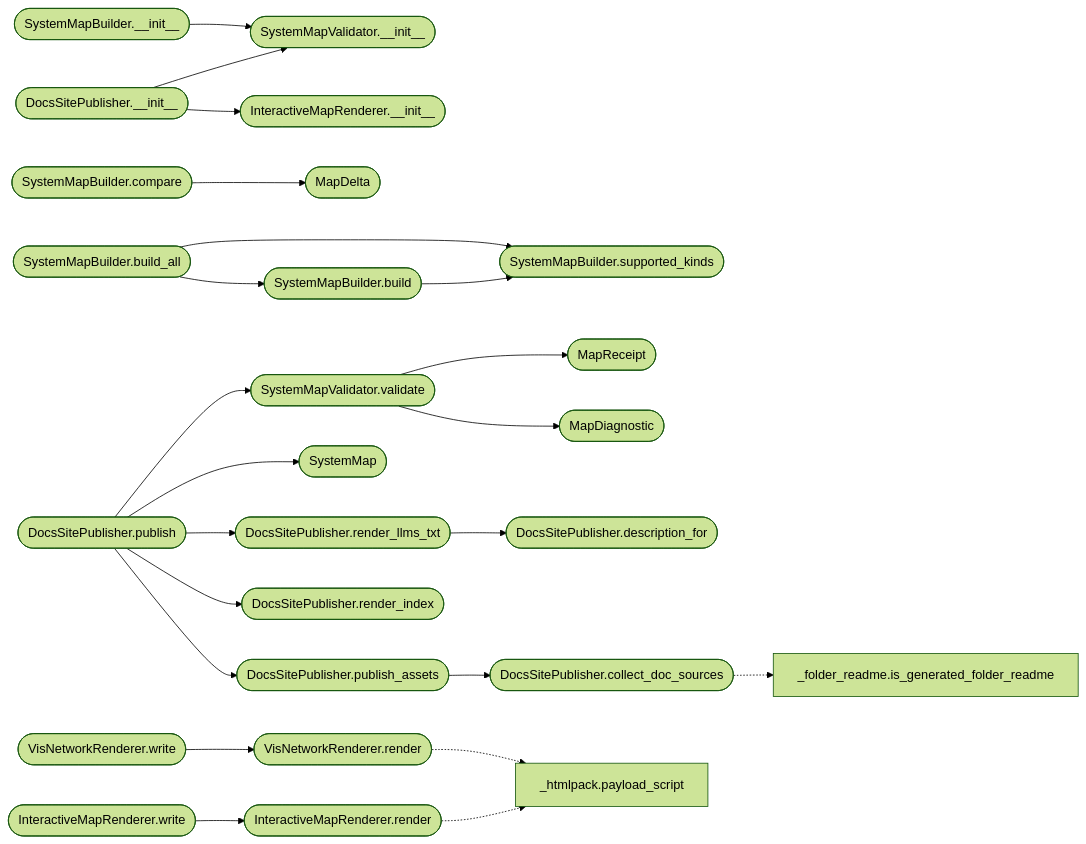
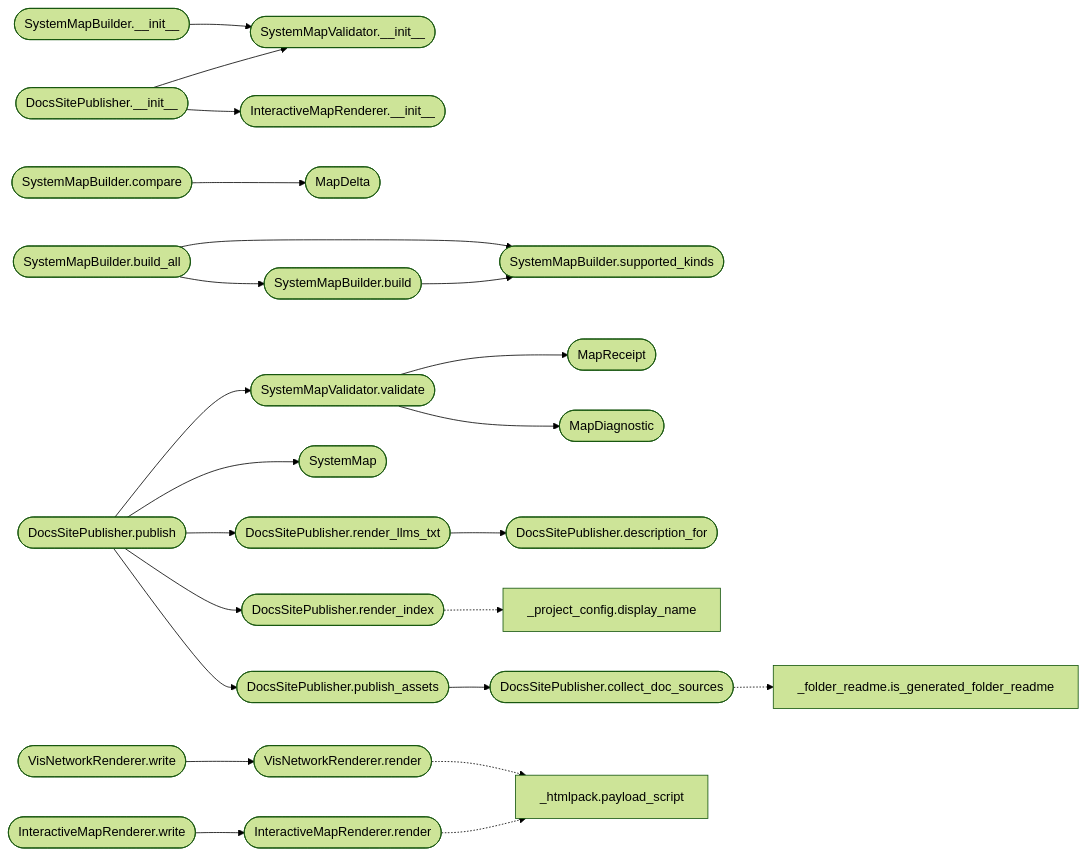
Before and after one commit to grisuno/ReadMenator: the second of 2 diagrams in readmenator-apidocs/modules/readmenator._diagrams.py.md, drawn with Mermaid (forest theme). The commit also changed other lines of this file and 334 other files, not shown here.

````diff
--- a/readmenator-apidocs/modules/readmenator._diagrams.py.md
+++ b/readmenator-apidocs/modules/readmenator._diagrams.py.md
@@ -103,49 +103,51 @@
 ```mermaid
 flowchart LR
     n_readmenator__diagrams_py__SystemMapValidator_validate(["SystemMapValidator.validate"])
     n_readmenator__diagrams_py__MapDiagnostic(["MapDiagnostic"])
     n_readmenator__diagrams_py__MapReceipt(["MapReceipt"])
     n_readmenator__diagrams_py__SystemMapBuilder___init__(["SystemMapBuilder.__init__"])
     n_readmenator__diagrams_py__SystemMapValidator___init__(["SystemMapValidator.__init__"])
     n_readmenator__diagrams_py__SystemMapBuilder_build(["SystemMapBuilder.build"])
     n_readmenator__diagrams_py__SystemMapBuilder_supported_kinds(["SystemMapBuilder.supported_kinds"])
     n_readmenator__diagrams_py__SystemMapBuilder_build_all(["SystemMapBuilder.build_all"])
     n_readmenator__diagrams_py__SystemMapBuilder_compare(["SystemMapBuilder.compare"])
     n_readmenator__diagrams_py__MapDelta(["MapDelta"])
     n_readmenator__diagrams_py__InteractiveMapRenderer_write(["InteractiveMapRenderer.write"])
     n_readmenator__diagrams_py__InteractiveMapRenderer_render(["InteractiveMapRenderer.render"])
     n_readmenator__diagrams_py__VisNetworkRenderer_write(["VisNetworkRenderer.write"])
     n_readmenator__diagrams_py__VisNetworkRenderer_render(["VisNetworkRenderer.render"])
     n_readmenator__diagrams_py__DocsSitePublisher___init__(["DocsSitePublisher.__init__"])
     n_readmenator__diagrams_py__InteractiveMapRenderer___init__(["InteractiveMapRenderer.__init__"])
     n_readmenator__diagrams_py__DocsSitePublisher_publish(["DocsSitePublisher.publish"])
     n_readmenator__diagrams_py__DocsSitePublisher_publish_assets(["DocsSitePublisher.publish_assets"])
     n_readmenator__diagrams_py__DocsSitePublisher_render_index(["DocsSitePublisher.render_index"])
     n_readmenator__diagrams_py__DocsSitePublisher_render_llms_txt(["DocsSitePublisher.render_llms_txt"])
     n_readmenator__diagrams_py__SystemMap(["SystemMap"])
     n_readmenator__diagrams_py__DocsSitePublisher_collect_doc_sources(["DocsSitePublisher.collect_doc_sources"])
     n_readmenator__diagrams_py__DocsSitePublisher_description_for(["DocsSitePublisher.description_for"])
     n_readmenator__htmlpack_py__payload_script["_htmlpack.payload_script"]
     n_readmenator__folder_readme_py__is_generated_folder_readme["_folder_readme.is_generated_folder_readme"]
+    n_readmenator__project_config_py__display_name["_project_config.display_name"]
     n_readmenator__diagrams_py__SystemMapValidator_validate --> n_readmenator__diagrams_py__MapDiagnostic
     n_readmenator__diagrams_py__SystemMapValidator_validate --> n_readmenator__diagrams_py__MapReceipt
     n_readmenator__diagrams_py__SystemMapBuilder___init__ --> n_readmenator__diagrams_py__SystemMapValidator___init__
     n_readmenator__diagrams_py__SystemMapBuilder_build --> n_readmenator__diagrams_py__SystemMapBuilder_supported_kinds
     n_readmenator__diagrams_py__SystemMapBuilder_build_all --> n_readmenator__diagrams_py__SystemMapBuilder_build
     n_readmenator__diagrams_py__SystemMapBuilder_build_all --> n_readmenator__diagrams_py__SystemMapBuilder_supported_kinds
     n_readmenator__diagrams_py__SystemMapBuilder_compare --> n_readmenator__diagrams_py__MapDelta
     n_readmenator__diagrams_py__InteractiveMapRenderer_write --> n_readmenator__diagrams_py__InteractiveMapRenderer_render
     n_readmenator__diagrams_py__VisNetworkRenderer_write --> n_readmenator__diagrams_py__VisNetworkRenderer_render
     n_readmenator__diagrams_py__DocsSitePublisher___init__ --> n_readmenator__diagrams_py__InteractiveMapRenderer___init__
     n_readmenator__diagrams_py__DocsSitePublisher___init__ --> n_readmenator__diagrams_py__SystemMapValidator___init__
     n_readmenator__diagrams_py__DocsSitePublisher_publish --> n_readmenator__diagrams_py__DocsSitePublisher_publish_assets
     n_readmenator__diagrams_py__DocsSitePublisher_publish --> n_readmenator__diagrams_py__DocsSitePublisher_render_index
     n_readmenator__diagrams_py__DocsSitePublisher_publish --> n_readmenator__diagrams_py__DocsSitePublisher_render_llms_txt
     n_readmenator__diagrams_py__DocsSitePublisher_publish --> n_readmenator__diagrams_py__SystemMap
     n_readmenator__diagrams_py__DocsSitePublisher_publish --> n_readmenator__diagrams_py__SystemMapValidator_validate
     n_readmenator__diagrams_py__DocsSitePublisher_publish_assets --> n_readmenator__diagrams_py__DocsSitePublisher_collect_doc_sources
     n_readmenator__diagrams_py__DocsSitePublisher_render_llms_txt --> n_readmenator__diagrams_py__DocsSitePublisher_description_for
     n_readmenator__diagrams_py__InteractiveMapRenderer_render -.-> n_readmenator__htmlpack_py__payload_script
     n_readmenator__diagrams_py__VisNetworkRenderer_render -.-> n_readmenator__htmlpack_py__payload_script
     n_readmenator__diagrams_py__DocsSitePublisher_collect_doc_sources -.-> n_readmenator__folder_readme_py__is_generated_folder_readme
+    n_readmenator__diagrams_py__DocsSitePublisher_render_index -.-> n_readmenator__project_config_py__display_name
 ```
````
